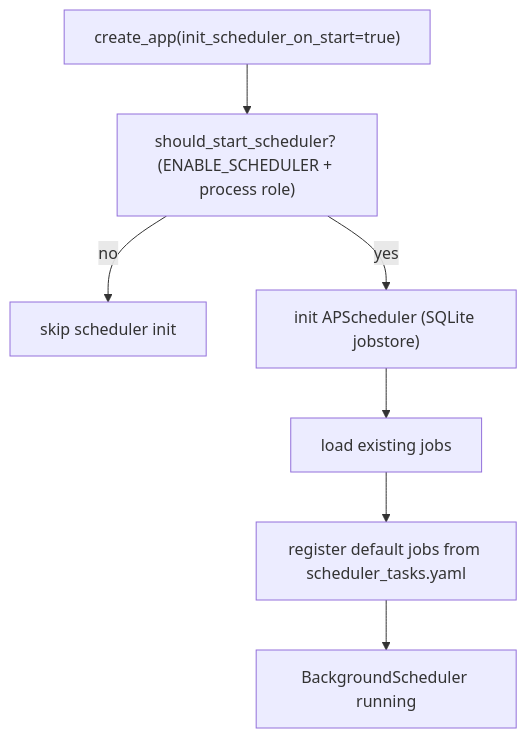
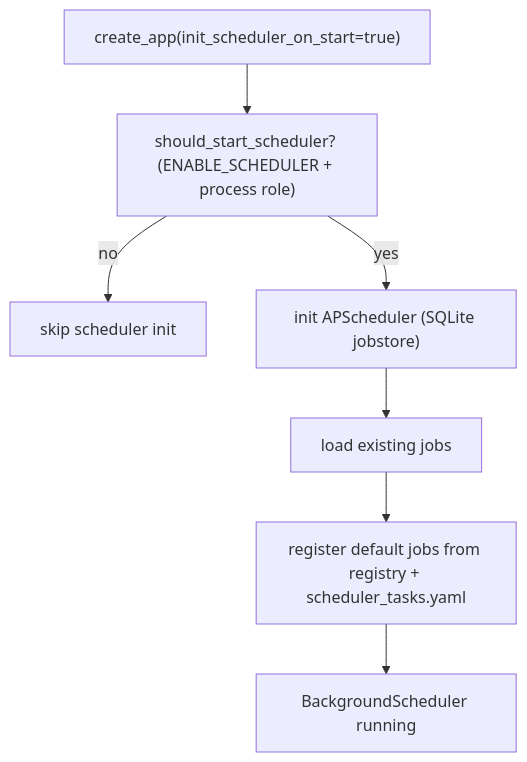
One commit to nyealovey/WhaleFall changed diagram 13 of 13 in docs/Obsidian/architecture/spec.md. Above: the diagram before and after it, drawn with Mermaid. The commit also changed other lines of this file and 19 other files, not shown here.

````diff
--- a/docs/Obsidian/architecture/spec.md
+++ b/docs/Obsidian/architecture/spec.md
@@ -530,9 +531,9 @@
 ```mermaid
 flowchart TD
     Start["create_app(init_scheduler_on_start=true)"] --> Should["should_start_scheduler? (ENABLE_SCHEDULER + process role)"]
     Should -->|no| Skip["skip scheduler init"]
     Should -->|yes| Init["init APScheduler (SQLite jobstore)"]
     Init --> Load["load existing jobs"]
-    Load --> Defaults["register default jobs from scheduler_tasks.yaml"]
+    Load --> Defaults["register default jobs from registry + scheduler_tasks.yaml"]
     Defaults --> Run["BackgroundScheduler running"]
 ```
````
